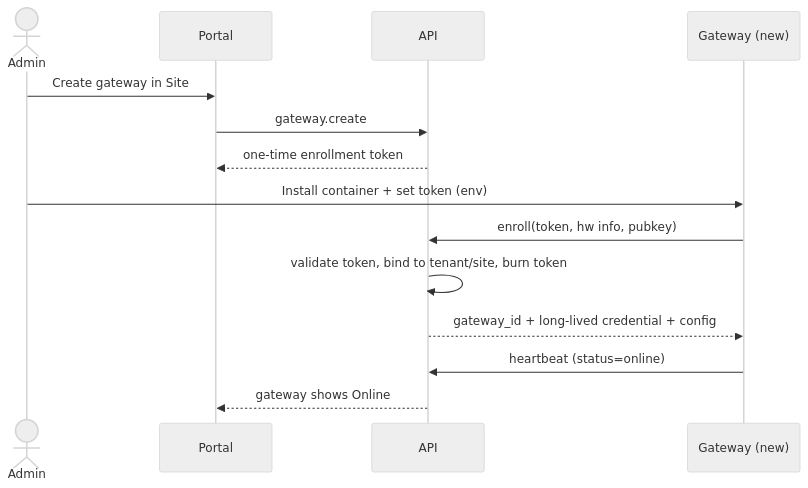
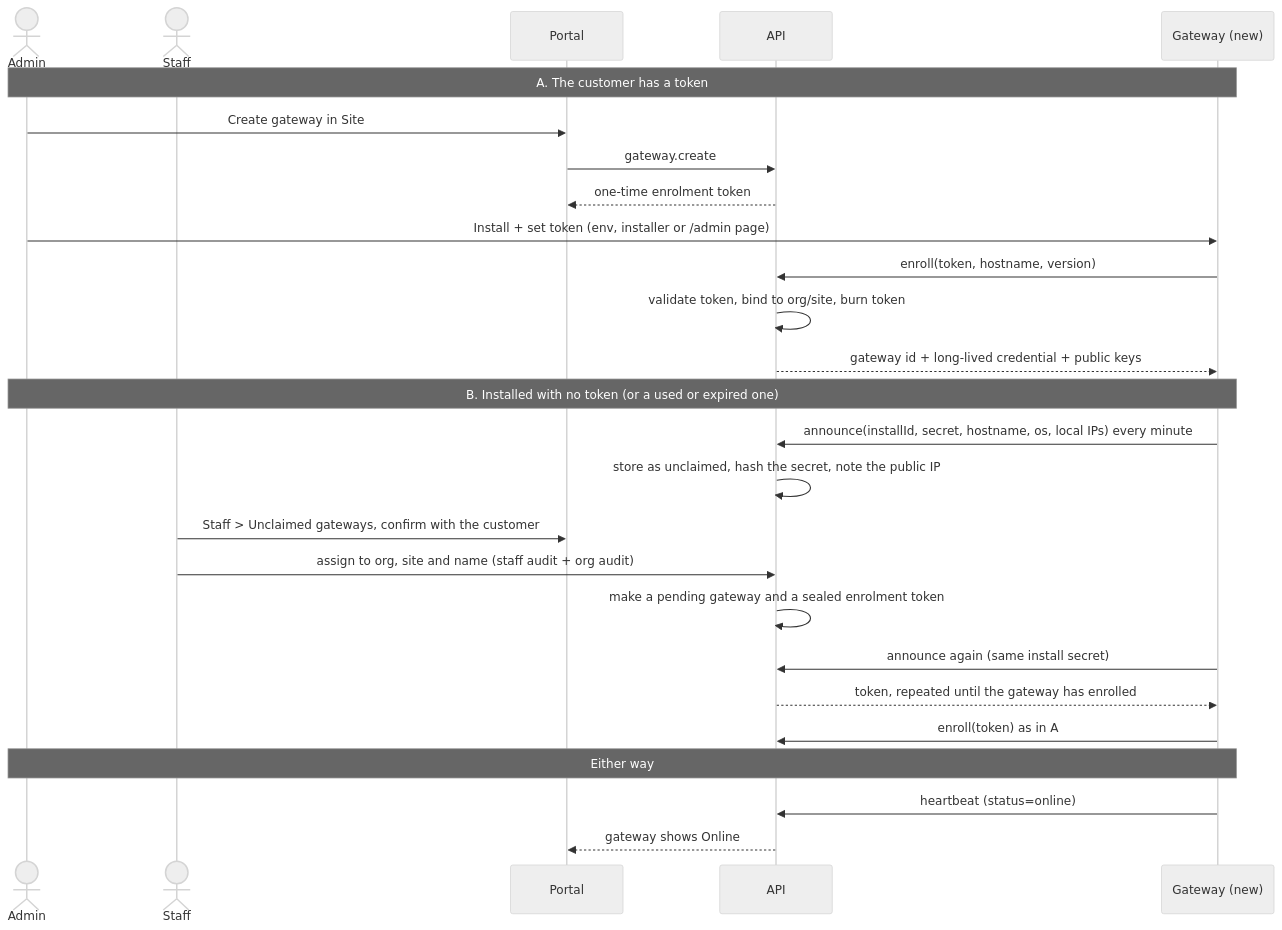
The second of 30 diagrams in docs/diagrams.md (steviemayo/cobra), drawn with Mermaid (neutral theme) before and after one commit. The commit also changed other lines of this file and 5 other files, not shown here.

Commit message:
docs: bring plan, decisions, diagrams and status docs into line with what is built

````diff
--- a/docs/diagrams.md
+++ b/docs/diagrams.md
@@ -41,16 +45,28 @@
 ```mermaid
 sequenceDiagram
   actor Admin
+  actor Staff
   participant Portal
   participant API
   participant GW as Gateway (new)
+  Note over Admin,GW: A. The customer has a token
   Admin->>Portal: Create gateway in Site
   Portal->>API: gateway.create
-  API-->>Portal: one-time enrollment token
-  Admin->>GW: Install container + set token (env)
-  GW->>API: enroll(token, hw info, pubkey)
-  API->>API: validate token, bind to tenant/site, burn token
-  API-->>GW: gateway_id + long-lived credential + config
+  API-->>Portal: one-time enrolment token
+  Admin->>GW: Install + set token (env, installer or /admin page)
+  GW->>API: enroll(token, hostname, version)
+  API->>API: validate token, bind to org/site, burn token
+  API-->>GW: gateway id + long-lived credential + public keys
+  Note over Admin,GW: B. Installed with no token (or a used or expired one)
+  GW->>API: announce(installId, secret, hostname, os, local IPs) every minute
+  API->>API: store as unclaimed, hash the secret, note the public IP
+  Staff->>Portal: Staff > Unclaimed gateways, confirm with the customer
+  Staff->>API: assign to org, site and name (staff audit + org audit)
+  API->>API: make a pending gateway and a sealed enrolment token
+  GW->>API: announce again (same install secret)
+  API-->>GW: token, repeated until the gateway has enrolled
+  GW->>API: enroll(token) as in A
+  Note over Admin,GW: Either way
   GW->>API: heartbeat (status=online)
   API-->>Portal: gateway shows Online
 ```
````
